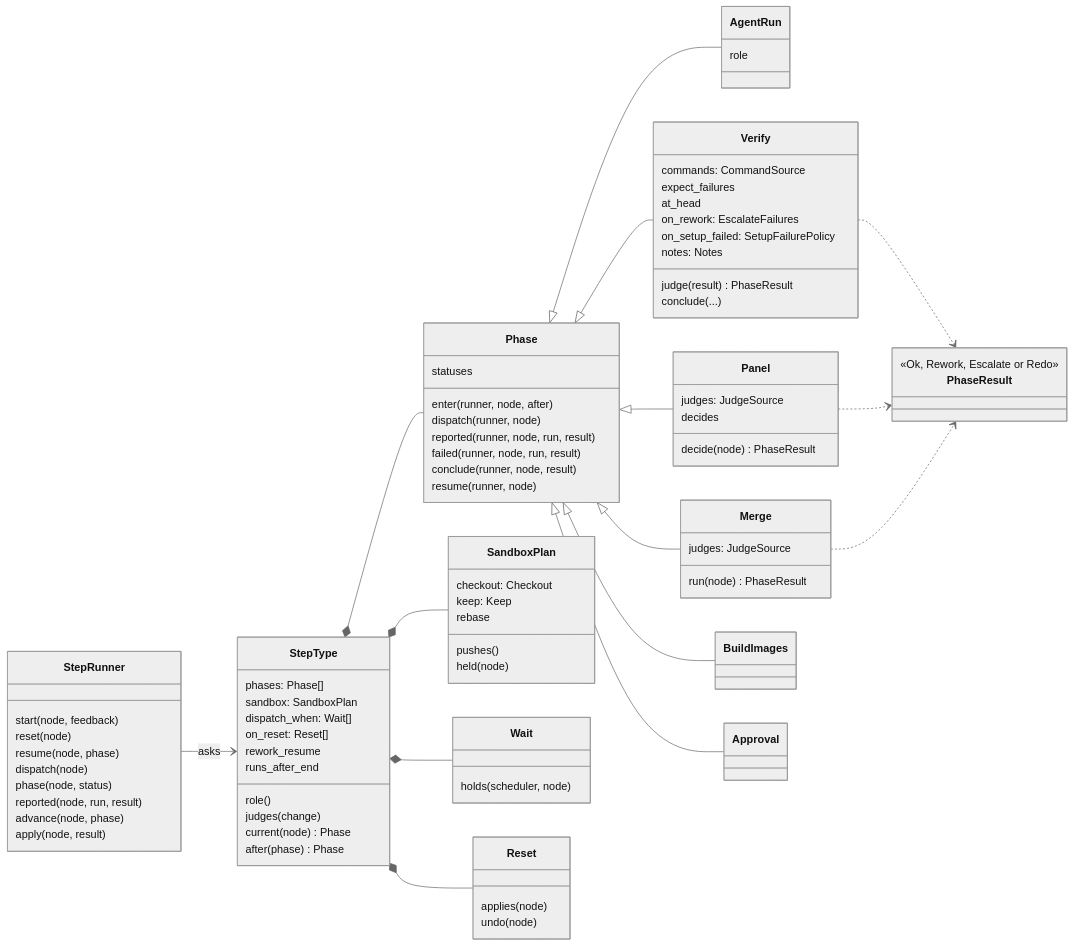
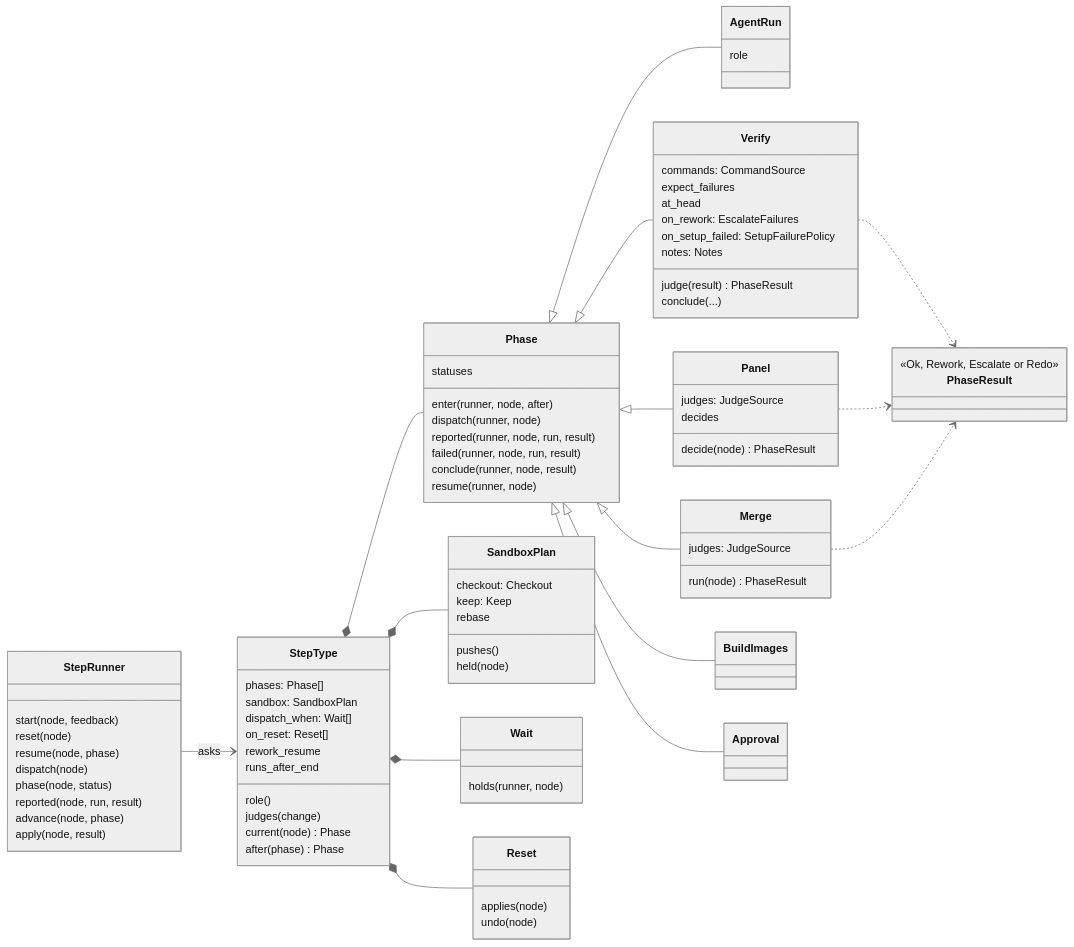
The fourth of 6 diagrams in docs/architecture.md (mr-miles/orchestrator), drawn with Mermaid (neutral theme) before and after one commit. The commit also changed other lines of this file and 15 other files, not shown here.

```diff
--- a/docs/architecture.md
+++ b/docs/architecture.md
@@ -287,7 +291,7 @@
         <<Ok, Rework, Escalate or Redo>>
     }
     class Wait {
-        holds(scheduler, node)
+        holds(runner, node)
     }
     class Reset {
         applies(node)
```
